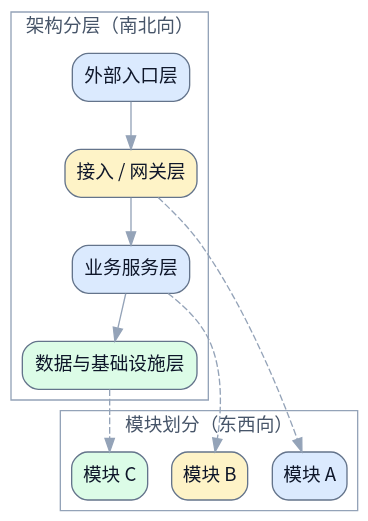
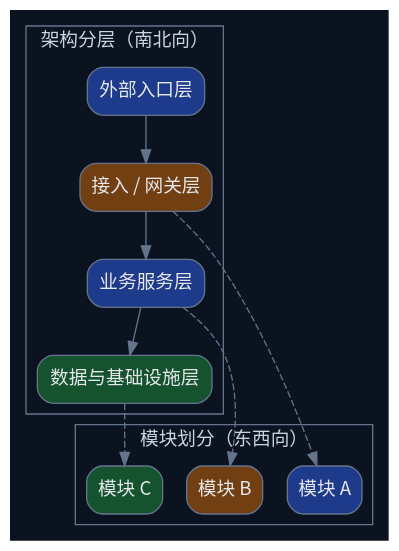
Before and after one commit to terencefan/inority-workspace: the third of 3 diagrams in skills/write-doc/tests/assets/reference-spec.md, drawn with Graphviz. The commit also changed other lines of this file and 45 other files, not shown here.

````diff
--- a/skills/write-doc/tests/assets/reference-spec.md
+++ b/skills/write-doc/tests/assets/reference-spec.md
@@ -82,32 +82,32 @@
 ```dot
 digraph ArchitectureOverview {
   rankdir=TB;
-  graph [bgcolor="transparent", fontname="Noto Sans CJK SC"];
-  node [fontname="Noto Sans CJK SC", shape=box, style="rounded,filled", color="#64748b", fontcolor="#0f172a", fillcolor="#f8fafc"];
-  edge [fontname="Noto Sans CJK SC", color="#94a3b8", fontcolor="#94a3b8"];
+  graph [bgcolor="#0b1220", fontname="Noto Sans CJK SC"];
+  node [fontname="Noto Sans CJK SC", shape=box, style="rounded,filled", color="#64748b", fontcolor="#e5e7eb", fillcolor="#0f172a"];
+  edge [fontname="Noto Sans CJK SC", color="#64748b", fontcolor="#64748b"];
 
   subgraph cluster_ns {
     label="架构分层（南北向）";
-    color="#94a3b8";
-    fontcolor="#475569";
-    external [label="外部入口层", fillcolor="#dbeafe"];
-    gateway [label="接入 / 网关层", fillcolor="#fef3c7"];
-    service [label="业务服务层", fillcolor="#dbeafe"];
-    data [label="数据与基础设施层", fillcolor="#dcfce7"];
+    color="#64748b";
+    fontcolor="#cbd5e1";
+    external [label="外部入口层", fillcolor="#1e3a8a"];
+    gateway [label="接入 / 网关层", fillcolor="#713f12"];
+    service [label="业务服务层", fillcolor="#1e3a8a"];
+    data [label="数据与基础设施层", fillcolor="#14532d"];
     external -> gateway -> service -> data;
   }
 
   subgraph cluster_ew {
     label="模块划分（东西向）";
-    color="#94a3b8";
-    fontcolor="#475569";
-    moduleA [label="模块 A", fillcolor="#dbeafe"];
-    moduleB [label="模块 B", fillcolor="#fef3c7"];
-    moduleC [label="模块 C", fillcolor="#dcfce7"];
+    color="#64748b";
+    fontcolor="#cbd5e1";
+    moduleA [label="模块 A", fillcolor="#1e3a8a"];
+    moduleB [label="模块 B", fillcolor="#713f12"];
+    moduleC [label="模块 C", fillcolor="#14532d"];
   }
 
   gateway -> moduleA [style=dashed];
   service -> moduleB [style=dashed];
   data -> moduleC [style=dashed];
 }
 ```
````
